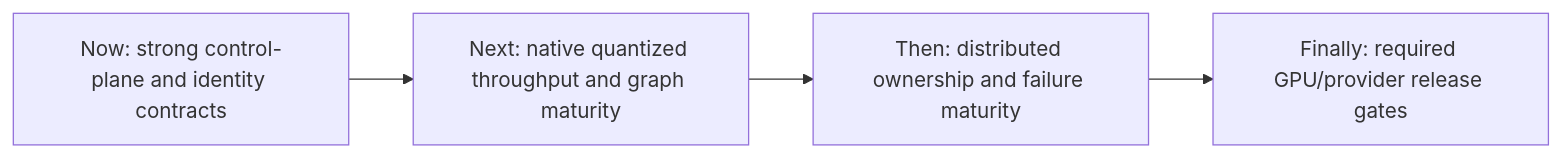
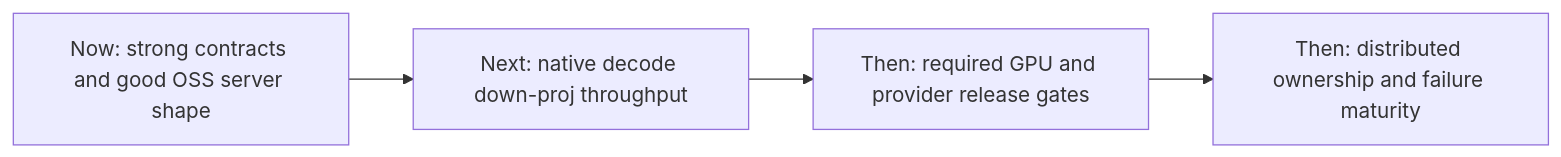
The diagram in docs/Roadmap.md (vjsingh1984/inferflux), drawn with Mermaid before and after one commit. The commit also changed other lines of this file and 27 other files, not shown here.

Commit message:
Refresh OSS docs and native CUDA status

````diff
--- a/docs/Roadmap.md
+++ b/docs/Roadmap.md
@@ -7,6 +7,6 @@
 ```mermaid
 flowchart LR
-    A[Now: strong control-plane and identity contracts] --> B[Next: native quantized throughput and graph maturity]
-    B --> C[Then: distributed ownership and failure maturity]
-    C --> D[Finally: required GPU/provider release gates]
+    A[Now: strong contracts and good OSS server shape] --> B[Next: native decode down-proj throughput]
+    B --> C[Then: required GPU and provider release gates]
+    C --> D[Then: distributed ownership and failure maturity]
 ```
````
